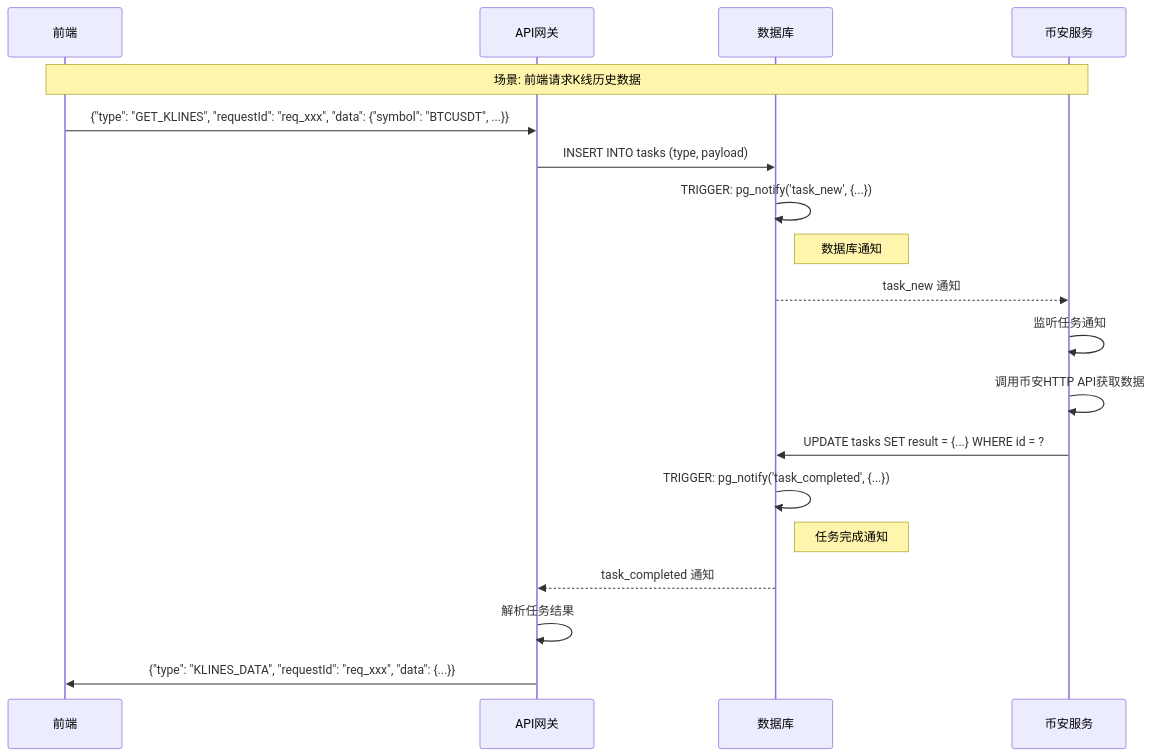
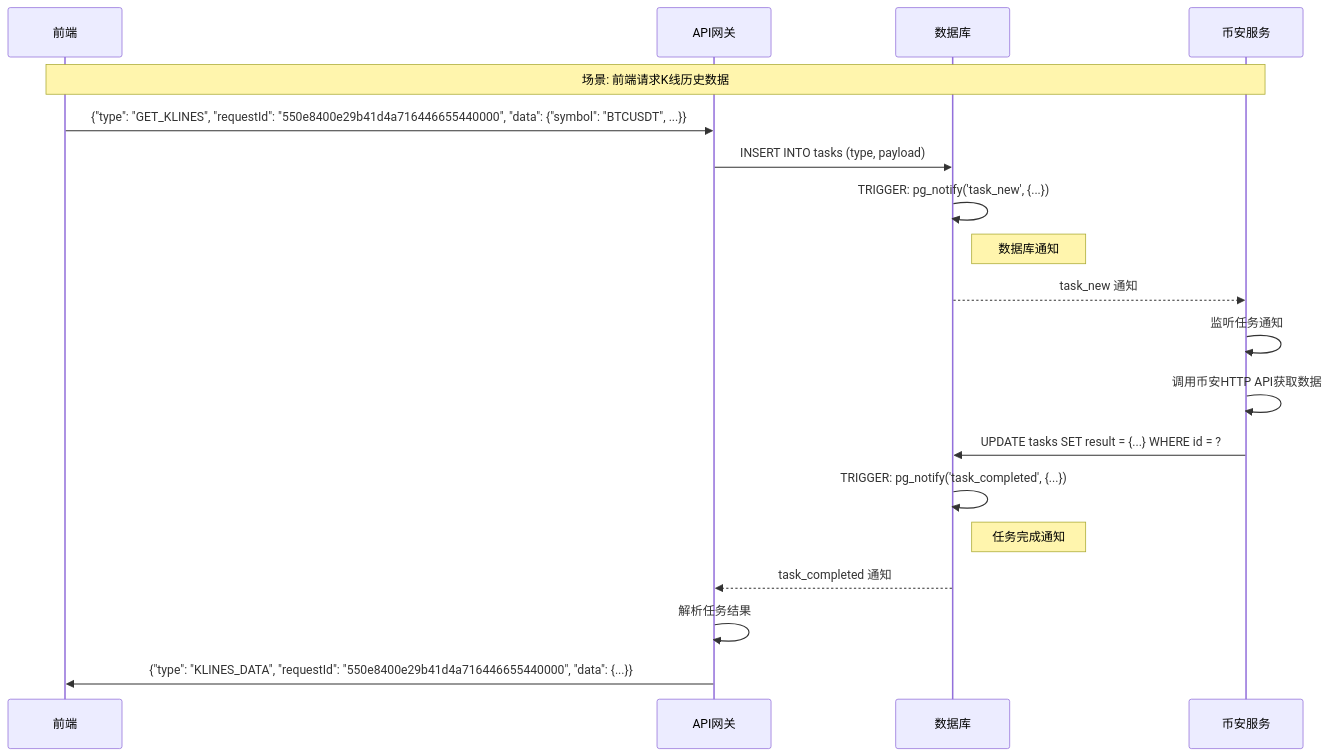
One commit to mj2154/quant-trading-system-2602 changed the second of 10 diagrams in docs/backend/design/02-dataflow.md. Above: the diagram before and after it, drawn with Mermaid. The commit also changed other lines of this file and 42 other files, not shown here.

````diff
--- a/docs/backend/design/02-dataflow.md
+++ b/docs/backend/design/02-dataflow.md
@@ -105,26 +105,26 @@
 ```mermaid
 sequenceDiagram
     participant Front as 前端
     participant GW as API网关
     participant DB as 数据库
     participant BN as 币安服务
 
     Note over Front, BN: 场景: 前端请求K线历史数据
 
-    Front->>GW: {"type": "GET_KLINES", "requestId": "req_xxx", "data": {"symbol": "BTCUSDT", ...}}
+    Front->>GW: {"type": "GET_KLINES", "requestId": "550e8400e29b41d4a716446655440000", "data": {"symbol": "BTCUSDT", ...}}
 
     GW->>DB: INSERT INTO tasks (type, payload)
     DB->>DB: TRIGGER: pg_notify('task_new', {...})
 
     Note right of DB: 数据库通知
     DB-->>BN: task_new 通知
     BN->>BN: 监听任务通知
     BN->>BN: 调用币安HTTP API获取数据
     BN->>DB: UPDATE tasks SET result = {...} WHERE id = ?
     DB->>DB: TRIGGER: pg_notify('task_completed', {...})
 
     Note right of DB: 任务完成通知
     DB-->>GW: task_completed 通知
     GW->>GW: 解析任务结果
-    GW->>Front: {"type": "KLINES_DATA", "requestId": "req_xxx", "data": {...}}
+    GW->>Front: {"type": "KLINES_DATA", "requestId": "550e8400e29b41d4a716446655440000", "data": {...}}
 ```
````
